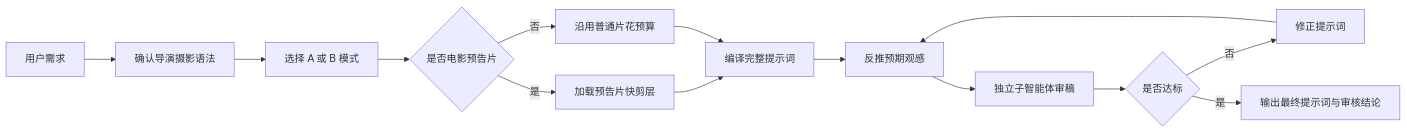
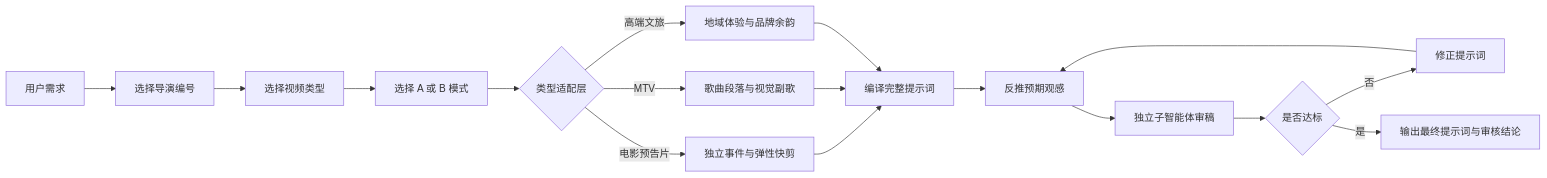
One commit to skinia612/ch-director-film changed the diagram in README.md. Above: the diagram before and after it, drawn with Mermaid. The commit also changed other lines of this file and 6 other files, not shown here.

````diff
--- a/README.md
+++ b/README.md
@@ -23,16 +26,19 @@
 ```mermaid
 flowchart LR
-    A[用户需求] --> B[确认导演摄影语法]
-    B --> C[选择 A 或 B 模式]
-    C --> D{是否电影预告片}
-    D -- 是 --> J[加载预告片快剪层]
-    D -- 否 --> K[沿用普通片花预算]
-    J --> L[编译完整提示词]
-    K --> L
+    A[用户需求] --> B[选择导演编号]
+    B --> C[选择视频类型]
+    C --> D[选择 A 或 B 模式]
+    D --> J{类型适配层}
+    J -- 电影预告片 --> K[独立事件与弹性快剪]
+    J -- MTV --> M[歌曲段落与视觉副歌]
+    J -- 高端文旅 --> N[地域体验与品牌余韵]
+    K --> L[编译完整提示词]
+    M --> L
+    N --> L
     L --> E[反推预期观感]
     E --> F[独立子智能体审稿]
     F --> G{是否达标}
     G -- 否 --> H[修正提示词]
     H --> E
     G -- 是 --> I[输出最终提示词与审核结论]
 ```
````
